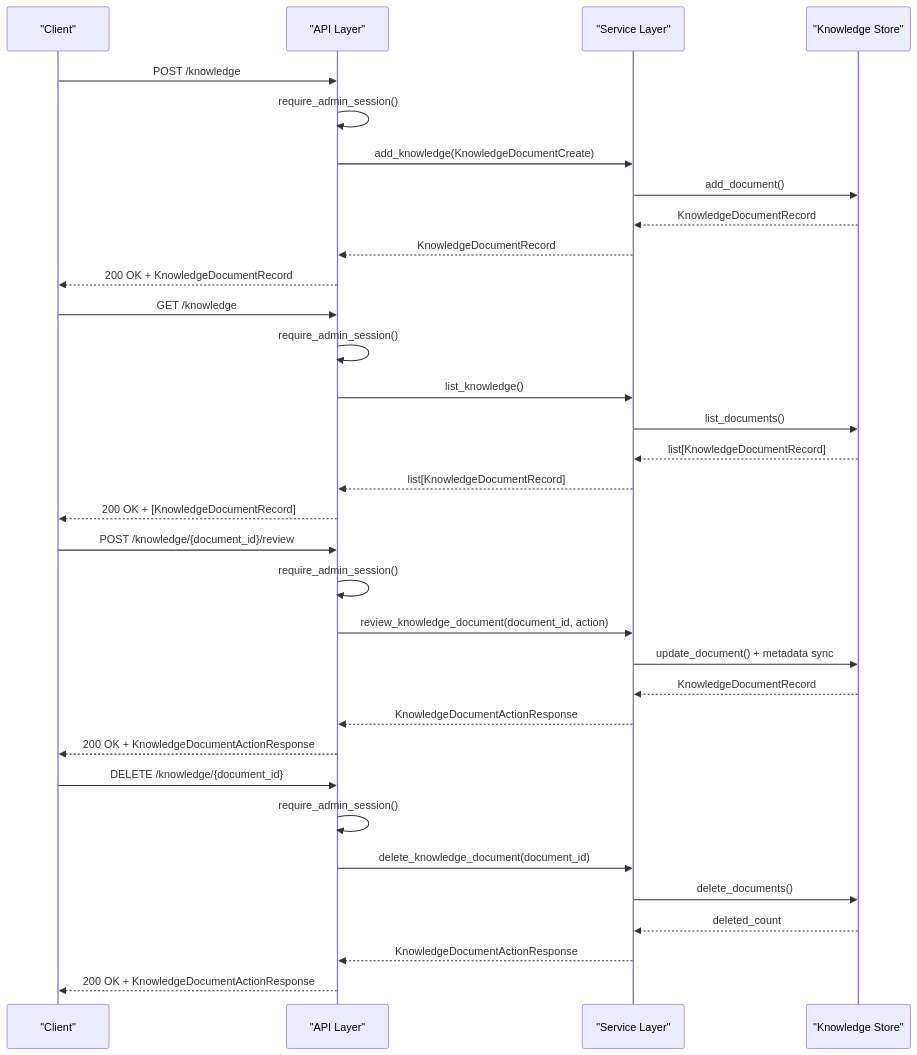
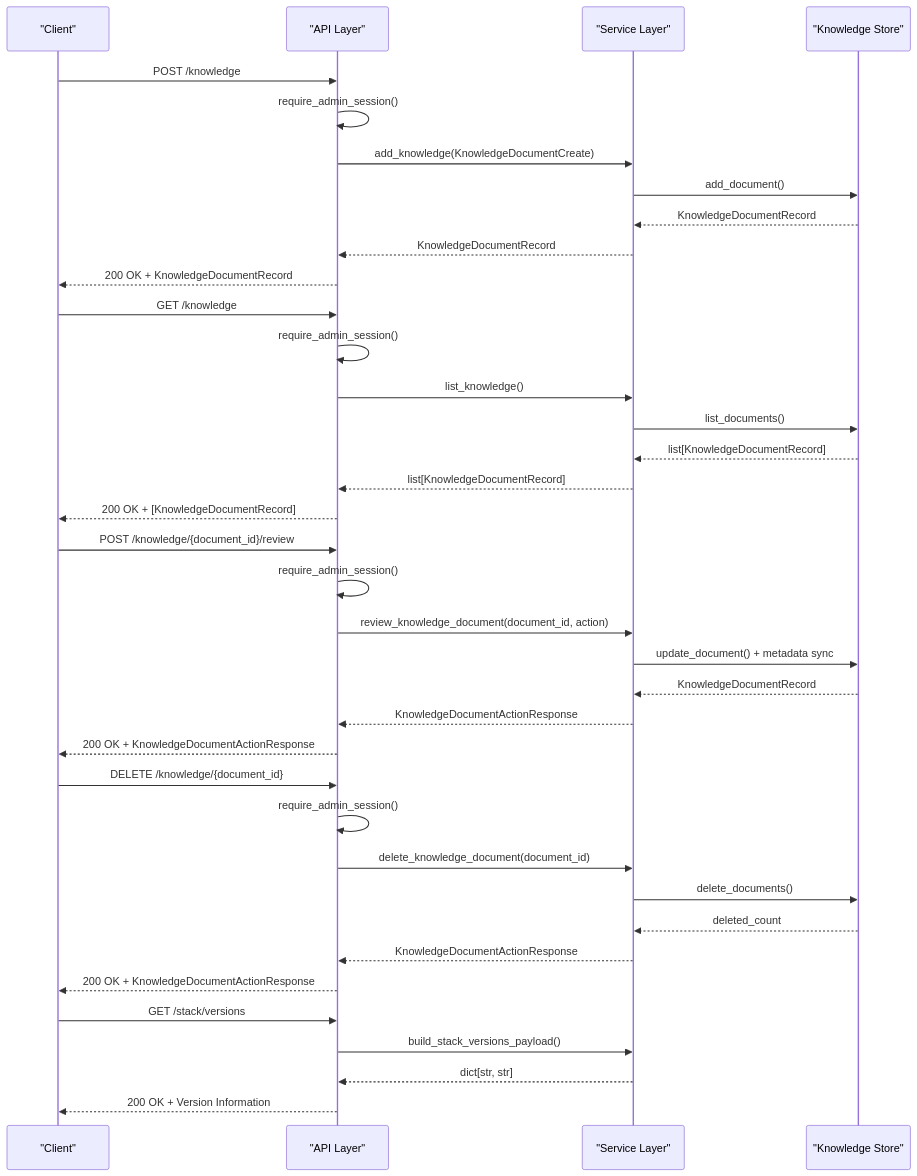
The second of 3 diagrams in .qoder/repowiki/en/content/API Reference/Knowledge Management Endpoints.md (intellistream/sage-mate), drawn with Mermaid before and after one commit. The commit also changed other lines of this file and 121 other files, not shown here.

````diff
--- a/.qoder/repowiki/en/content/API Reference/Knowledge Management Endpoints.md
+++ b/.qoder/repowiki/en/content/API Reference/Knowledge Management Endpoints.md
@@ -92,35 +110,39 @@
 ```mermaid
 sequenceDiagram
 participant Client as "Client"
 participant API as "API Layer"
 participant Service as "Service Layer"
 participant Store as "Knowledge Store"
 Client->>API : POST /knowledge
 API->>API : require_admin_session()
 API->>Service : add_knowledge(KnowledgeDocumentCreate)
 Service->>Store : add_document()
 Store-->>Service : KnowledgeDocumentRecord
 Service-->>API : KnowledgeDocumentRecord
 API-->>Client : 200 OK + KnowledgeDocumentRecord
 Client->>API : GET /knowledge
 API->>API : require_admin_session()
 API->>Service : list_knowledge()
 Service->>Store : list_documents()
 Store-->>Service : list[KnowledgeDocumentRecord]
 Service-->>API : list[KnowledgeDocumentRecord]
 API-->>Client : 200 OK + [KnowledgeDocumentRecord]
 Client->>API : POST /knowledge/{document_id}/review
 API->>API : require_admin_session()
 API->>Service : review_knowledge_document(document_id, action)
 Service->>Store : update_document() + metadata sync
 Store-->>Service : KnowledgeDocumentRecord
 Service-->>API : KnowledgeDocumentActionResponse
 API-->>Client : 200 OK + KnowledgeDocumentActionResponse
 Client->>API : DELETE /knowledge/{document_id}
 API->>API : require_admin_session()
 API->>Service : delete_knowledge_document(document_id)
 Service->>Store : delete_documents()
 Store-->>Service : deleted_count
 Service-->>API : KnowledgeDocumentActionResponse
 API-->>Client : 200 OK + KnowledgeDocumentActionResponse
+Client->>API : GET /stack/versions
+API->>Service : build_stack_versions_payload()
+Service-->>API : dict[str, str]
+API-->>Client : 200 OK + Version Information
 ```
````
